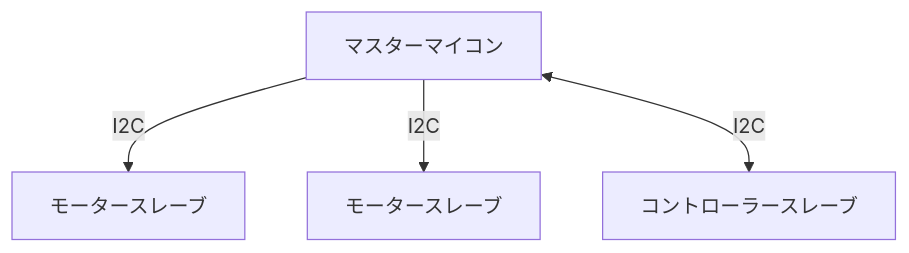
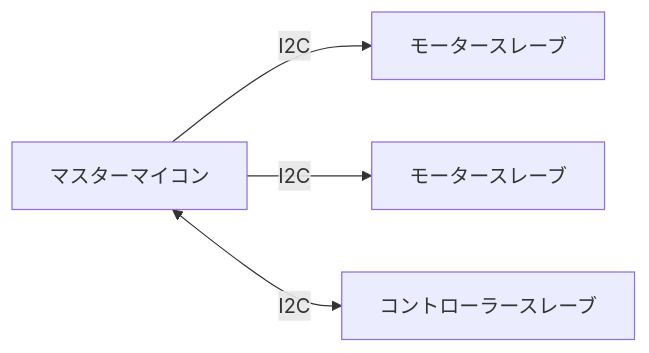
One commit to udonrobo/UdonLibrary changed the diagram in docs/Communication/I2C.md. Above: the diagram before and after it, drawn with Mermaid.

````diff
--- a/docs/Communication/I2C.md
+++ b/docs/Communication/I2C.md
@@ -28,6 +28,6 @@
 ```mermaid
-flowchart
+flowchart LR
     マスターマイコン --I2C--> 1[モータースレーブ]
     マスターマイコン --I2C--> 2[モータースレーブ]
     マスターマイコン <--I2C--> コントローラースレーブ
 ```
````
